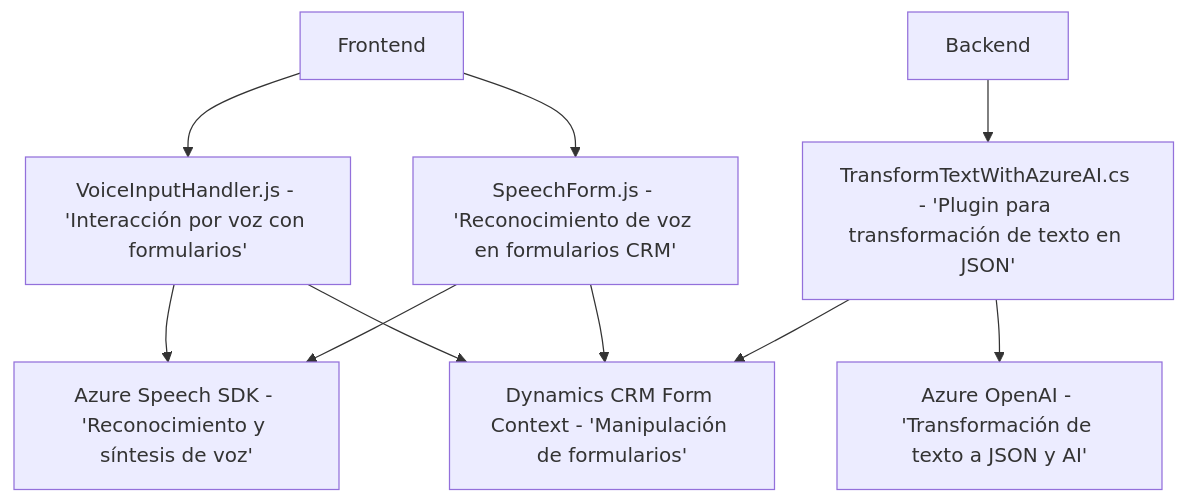
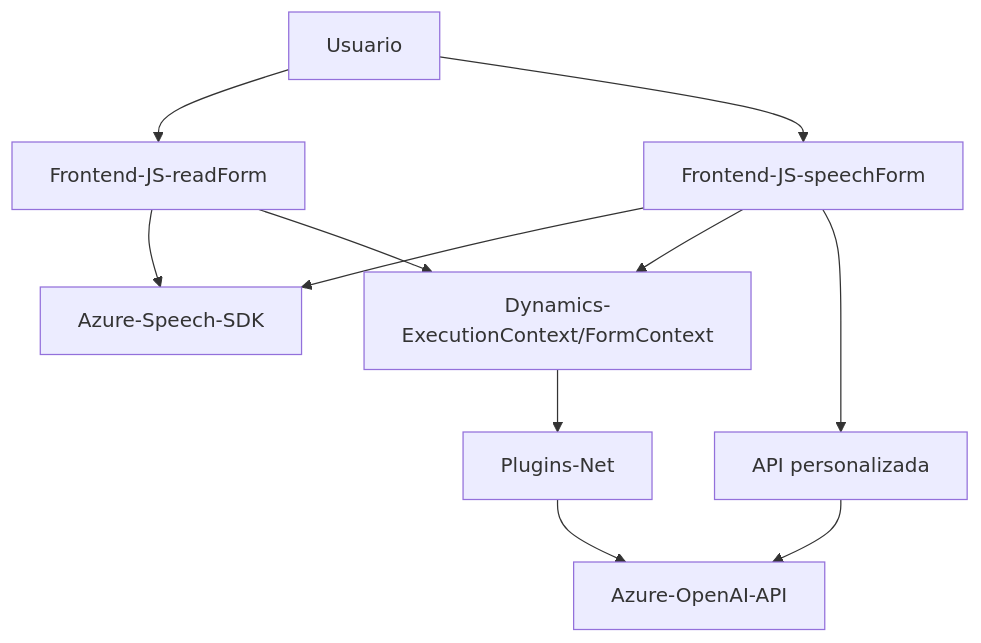
The diagram in README.md (blopezdm/NETCORE_BILBAO2025), drawn with Mermaid before and after one commit. The commit also changed other lines of this file, not shown here.

Commit message:
Actualizar análisis global de la solución con IA

````diff
--- a/README.md
+++ b/README.md
@@ -46,21 +43,22 @@
 ```mermaid
 graph TD
-    A["VoiceInputHandler.js - 'Interacción por voz con formularios'"]
-    B["SpeechForm.js - 'Reconocimiento de voz en formularios CRM'"]
-    C["TransformTextWithAzureAI.cs - 'Plugin para transformación de texto en JSON'"]
-    D["Frontend"]
-    E["Backend"]
-    F["Azure Speech SDK - 'Reconocimiento y síntesis de voz'"]
-    G["Dynamics CRM Form Context - 'Manipulación de formularios'"]
-    H["Azure OpenAI - 'Transformación de texto a JSON y AI'"]
-
-    D --> A
-    D --> B
-    E --> C
-    A --> F
-    B --> F
-    A --> G
-    B --> G
-    C --> H
-    C --> G
+    A[Usuario]
+    B[Frontend-JS-readForm]
+    C[Frontend-JS-speechForm]
+    D[Azure-Speech-SDK]
+    E["Dynamics-ExecutionContext/FormContext"]
+    F[API personalizada]
+    G[Azure-OpenAI-API]
+    H[Plugins-Net]
+    
+    A --> B
+    A --> C
+    B --> D
+    C --> D
+    B --> E
+    C --> E
+    C --> F
+    F --> G
+    E --> H
+    H --> G
 ```
````
